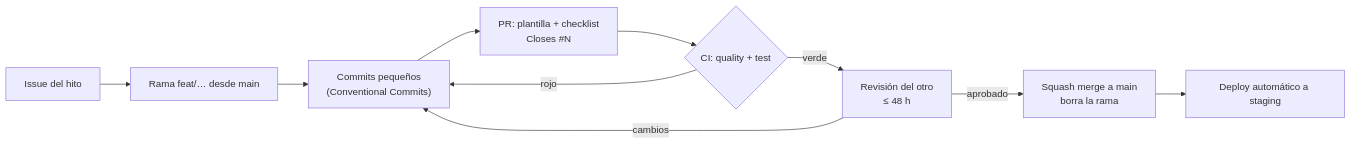
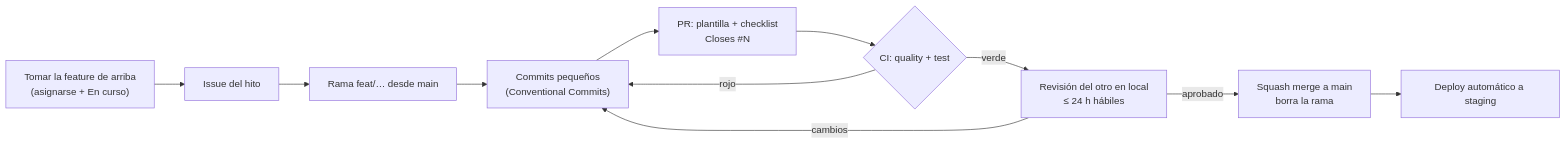
Before and after one commit to Rurbis/focaldrop: the first of 2 diagrams in docs/phase-2-methodology.md, drawn with Mermaid. The commit also changed other lines of this file and 3 other files, not shown here.

````diff
--- a/docs/phase-2-methodology.md
+++ b/docs/phase-2-methodology.md
@@ -104,12 +104,13 @@
 ```mermaid
 flowchart LR
-    I[Issue del hito] --> B["Rama feat/… desde main"]
+    T["Tomar la feature de arriba<br/>(asignarse + En curso)"] --> I[Issue del hito]
+    I --> B["Rama feat/… desde main"]
     B --> C["Commits pequeños<br/>(Conventional Commits)"]
     C --> P["PR: plantilla + checklist<br/>Closes #N"]
     P --> CI{"CI: quality + test"}
     CI -->|rojo| C
-    CI -->|verde| R["Revisión del otro<br/>≤ 48 h"]
+    CI -->|verde| R["Revisión del otro en local<br/>≤ 24 h hábiles"]
     R -->|cambios| C
     R -->|aprobado| M["Squash merge a main<br/>borra la rama"]
     M --> S["Deploy automático a staging"]
 ```
````
